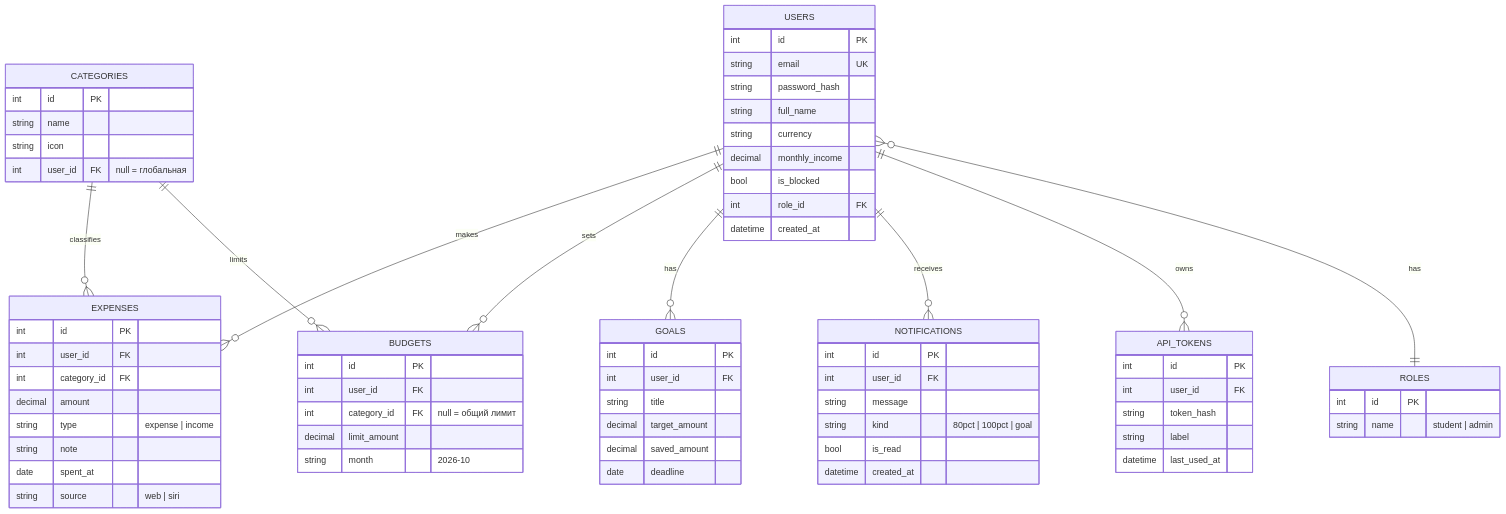
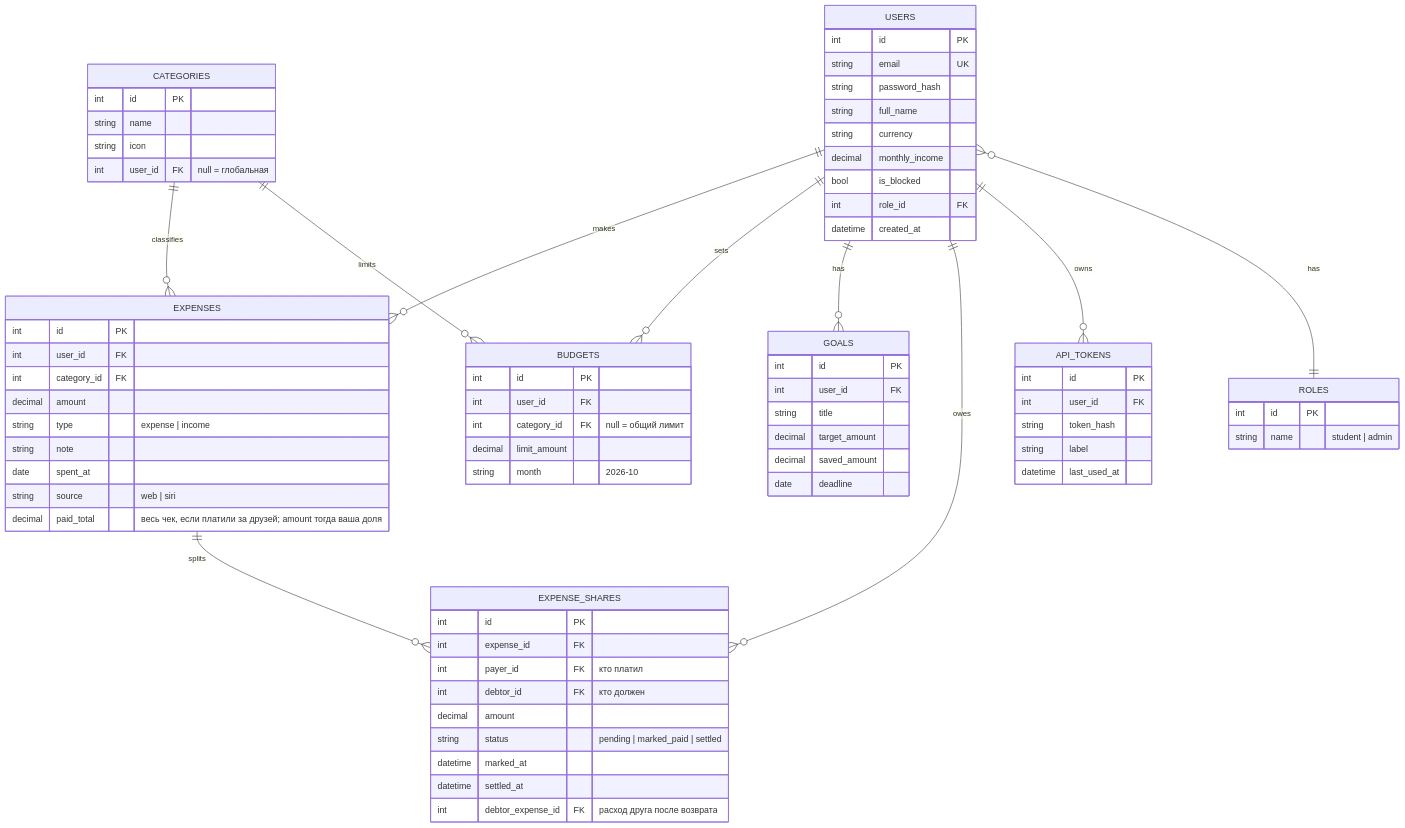
The diagram in docs/StudentWallet_project_plan.md (kenesovnurbaj-sudo/studentwallet), drawn with Mermaid before and after one commit. The commit also changed other lines of this file, not shown here.

Commit message:
Update project plan for bill splitting (US-22)
Add US-22 to the backlog, expense_shares and paid_total to the ERD,
and the split/debts endpoints to the API table.

Claude-Session: https://claude.ai/code/session_012u5q5YmtQGXszYC6FDWk92

````diff
--- a/docs/StudentWallet_project_plan.md
+++ b/docs/StudentWallet_project_plan.md
@@ -150,73 +153,78 @@
 ```mermaid
 erDiagram
     USERS ||--o{ EXPENSES : makes
     USERS ||--o{ BUDGETS : sets
     USERS ||--o{ GOALS : has
-    USERS ||--o{ NOTIFICATIONS : receives
+    EXPENSES ||--o{ EXPENSE_SHARES : splits
+    USERS ||--o{ EXPENSE_SHARES : owes
     USERS ||--o{ API_TOKENS : owns
     USERS }o--|| ROLES : has
     CATEGORIES ||--o{ EXPENSES : classifies
     CATEGORIES ||--o{ BUDGETS : limits
 
     ROLES {
         int id PK
         string name "student | admin"
     }
     USERS {
         int id PK
         string email UK
         string password_hash
         string full_name
         string currency
         decimal monthly_income
         bool is_blocked
         int role_id FK
         datetime created_at
     }
     CATEGORIES {
         int id PK
         string name
         string icon
         int user_id FK "null = глобальная"
     }
     EXPENSES {
         int id PK
         int user_id FK
         int category_id FK
         decimal amount
         string type "expense | income"
         string note
         date spent_at
         string source "web | siri"
+        decimal paid_total "весь чек, если платили за друзей; amount тогда ваша доля"
     }
     BUDGETS {
         int id PK
         int user_id FK
         int category_id FK "null = общий лимит"
         decimal limit_amount
         string month "2026-10"
     }
     GOALS {
         int id PK
         int user_id FK
         string title
         decimal target_amount
         decimal saved_amount
         date deadline
     }
-    NOTIFICATIONS {
+    EXPENSE_SHARES {
         int id PK
-        int user_id FK
-        string message
-        string kind "80pct | 100pct | goal"
-        bool is_read
-        datetime created_at
+        int expense_id FK
+        int payer_id FK "кто платил"
+        int debtor_id FK "кто должен"
+        decimal amount
+        string status "pending | marked_paid | settled"
+        datetime marked_at
+        datetime settled_at
+        int debtor_expense_id FK "расход друга после возврата"
     }
     API_TOKENS {
         int id PK
         int user_id FK
         string token_hash
         string label
         datetime last_used_at
     }
 ```
````
